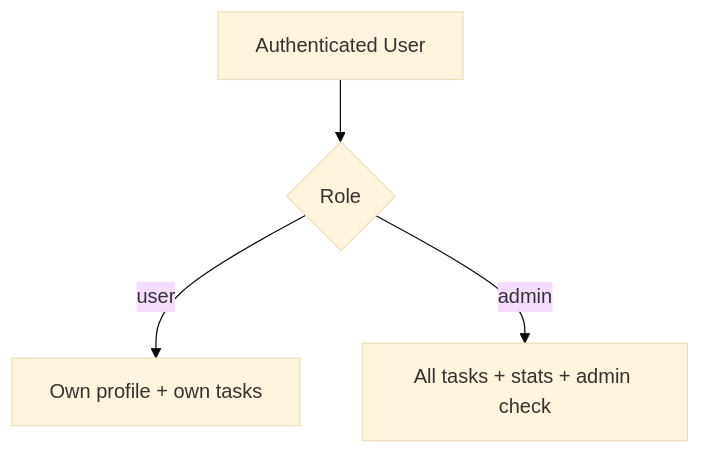
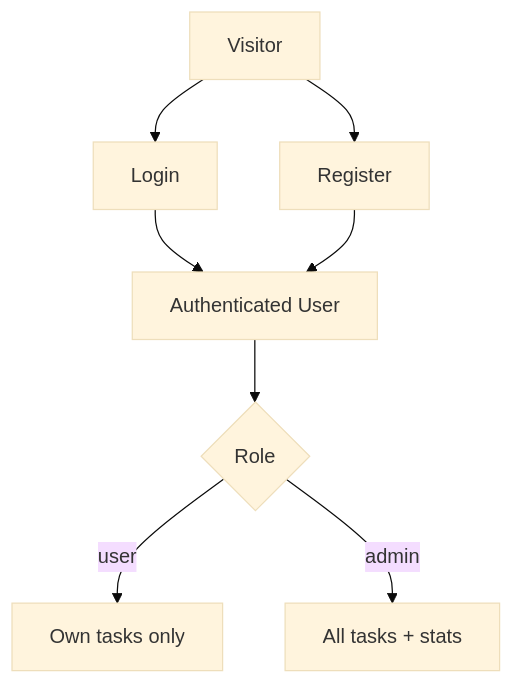
One commit to adarshkshitij/Assignment changed the fourth of 5 diagrams in ARCHITECTURE.md. Above: the diagram before and after it, drawn with Mermaid (base theme). The commit also changed other lines of this file and 7 other files, not shown here.

````diff
--- a/ARCHITECTURE.md
+++ b/ARCHITECTURE.md
@@ -97,6 +92,10 @@
 ```mermaid
 flowchart TD
-    Login[Authenticated User] --> Role{Role}
-    Role -->|user| UserAccess[Own profile + own tasks]
-    Role -->|admin| AdminAccess[All tasks + stats + admin check]
+    Visitor[Visitor] --> Register[Register]
+    Visitor --> Login[Login]
+    Login --> Authenticated[Authenticated User]
+    Register --> Authenticated
+    Authenticated --> Role{Role}
+    Role -->|user| UserScope[Own tasks only]
+    Role -->|admin| AdminScope[All tasks + stats]
 ```
````
